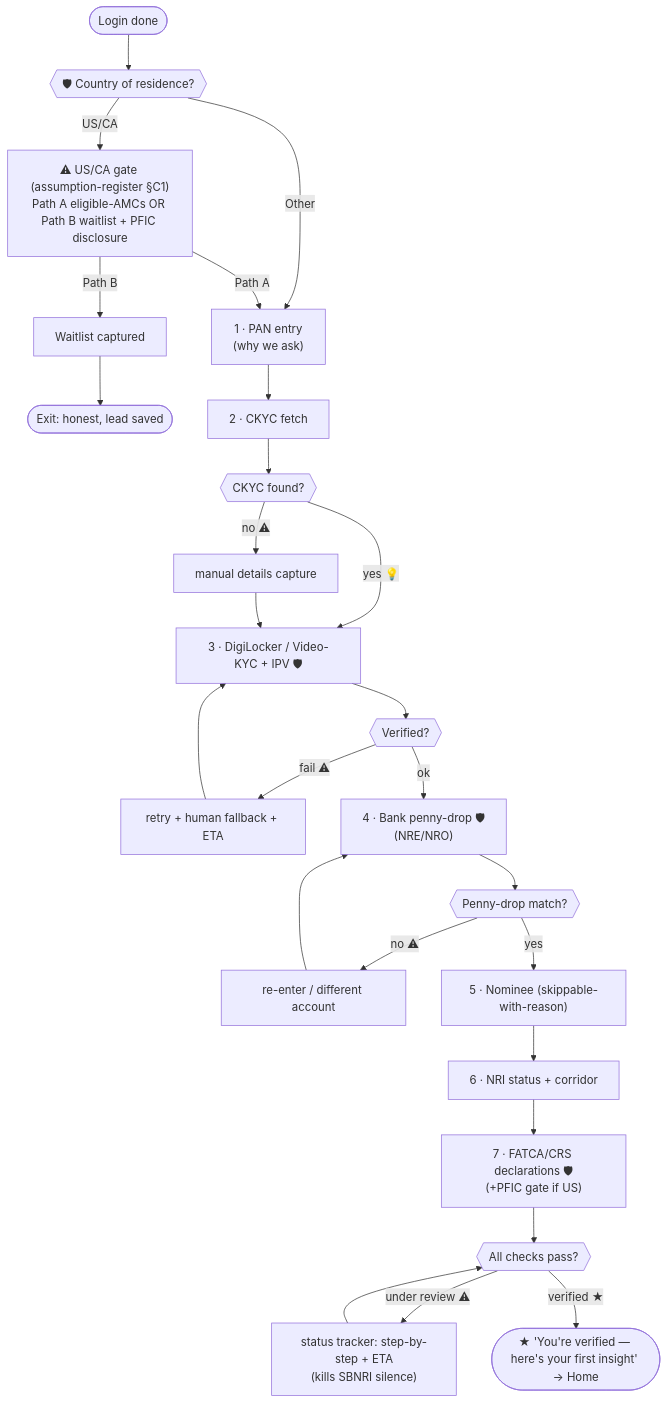
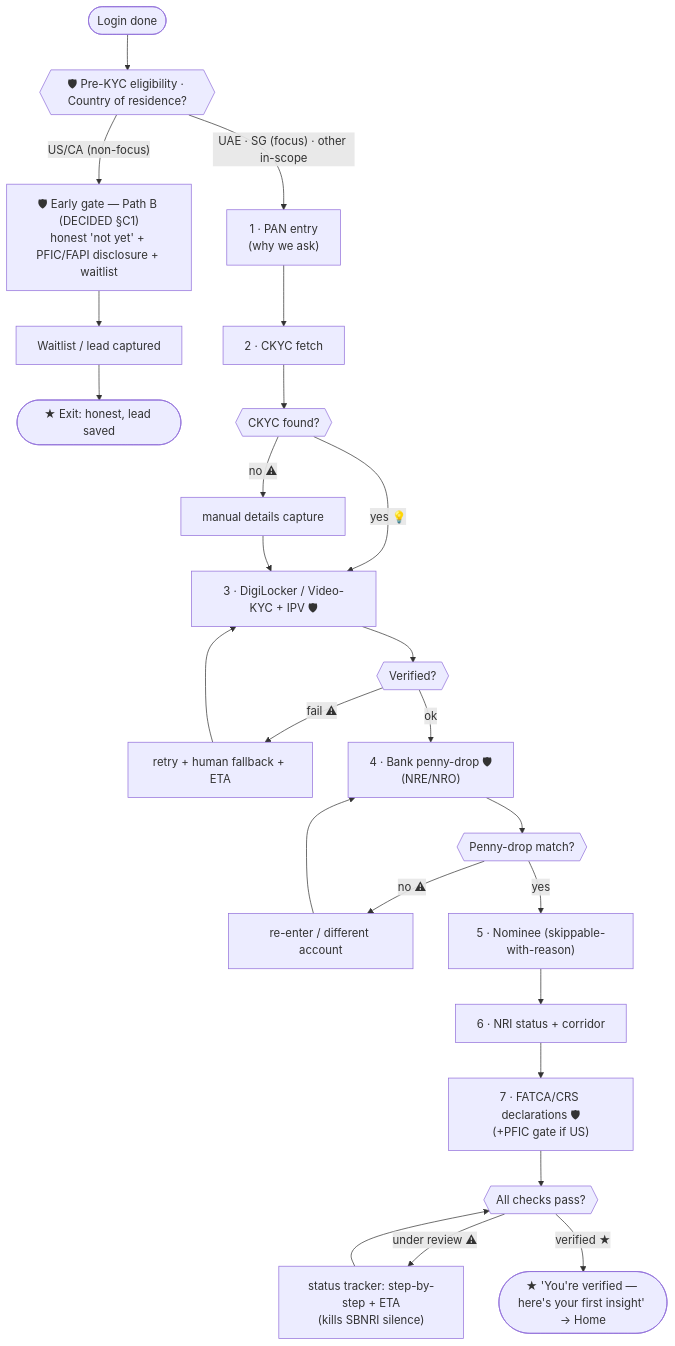
The first of 4 diagrams in research/flows.md (adityagupta525/NRI-mobile-design), drawn with Mermaid before and after one commit. The commit also changed other lines of this file and 6 other files, not shown here.

First line of the commit message:
Corridor-focus amendment: FOCUS=UAE+SG, US/CA=Path B (decided); ripple across Part C

````diff
--- a/research/flows.md
+++ b/research/flows.md
@@ -13,24 +13,23 @@
 ```mermaid
 flowchart TD
-  S([Login done]) --> C0{{"🛡 Country of residence?"}}
-  C0 -->|US/CA| USCA["⚠ US/CA gate (assumption-register §C1)<br/>Path A eligible-AMCs OR Path B waitlist + PFIC disclosure"]
-  C0 -->|Other| K1
-  USCA -->|Path B| WL[Waitlist captured] --> ENDL([Exit: honest, lead saved])
-  USCA -->|Path A| K1
+  S([Login done]) --> C0{{"🛡 Pre-KYC eligibility · Country of residence?"}}
+  C0 -->|"US/CA (non-focus)"| USCA["🛡 Early gate — Path B (DECIDED §C1)<br/>honest 'not yet' + PFIC/FAPI disclosure + waitlist"]
+  C0 -->|"UAE · SG (focus) · other in-scope"| K1
+  USCA --> WL[Waitlist / lead captured] --> ENDL([★ Exit: honest, lead saved])
 
   K1["1 · PAN entry<br/>(why we ask)"] --> K2
   K2["2 · CKYC fetch"] --> K2Q{{"CKYC found?"}}
   K2Q -->|yes 💡| K3["prefilled — 'we found your KYC'"]
   K2Q -->|no ⚠| K2M["manual details capture"] --> K3
   K3["3 · DigiLocker / Video-KYC + IPV 🛡"] --> K3Q{{"Verified?"}}
   K3Q -->|fail ⚠| K3R["retry + human fallback + ETA"] --> K3
   K3Q -->|ok| K4["4 · Bank penny-drop 🛡<br/>(NRE/NRO)"]
   K4 --> K4Q{{"Penny-drop match?"}}
   K4Q -->|no ⚠| K4R["re-enter / different account"] --> K4
   K4Q -->|yes| K5["5 · Nominee (skippable-with-reason)"]
   K5 --> K6["6 · NRI status + corridor"]
   K6 --> K7["7 · FATCA/CRS declarations 🛡<br/>(+PFIC gate if US)"]
   K7 --> KV{{"All checks pass?"}}
   KV -->|under review ⚠| KP["status tracker: step-by-step + ETA<br/>(kills SBNRI silence)"] --> KV
   KV -->|verified ★| DONE(["★ 'You're verified — here's your first insight' → Home"])
 ```
````
